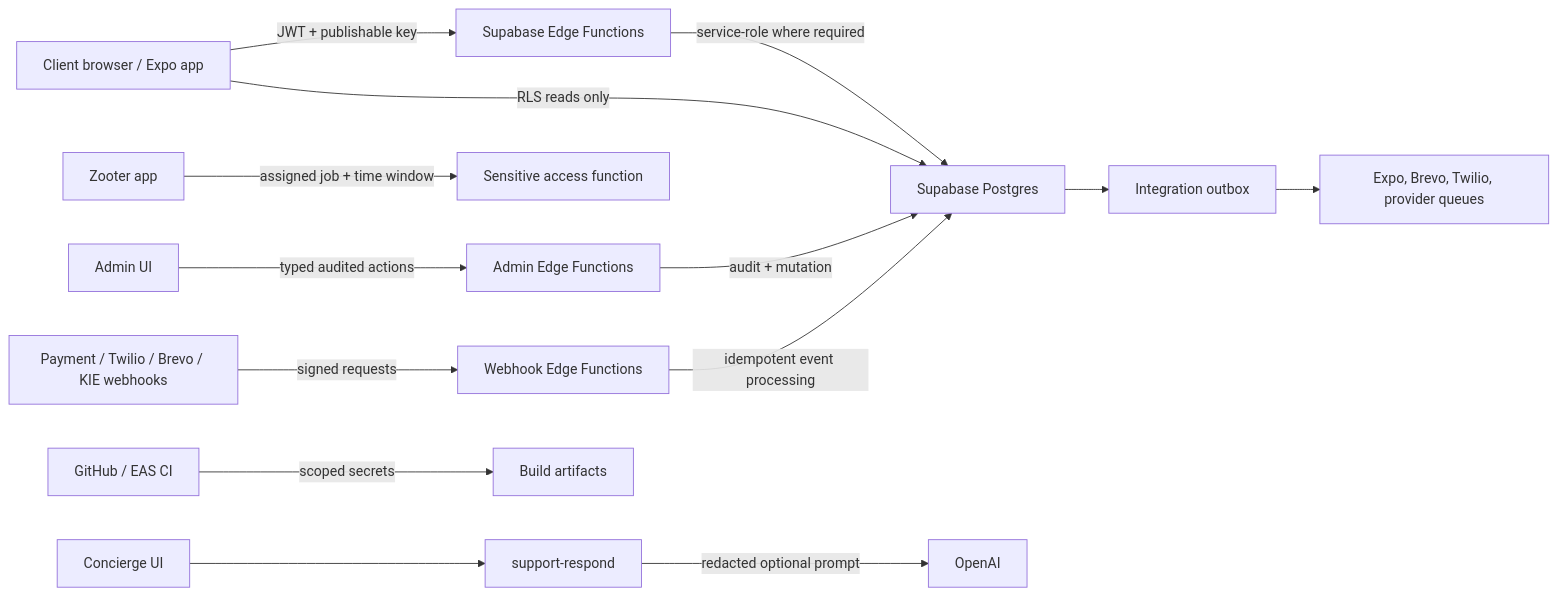
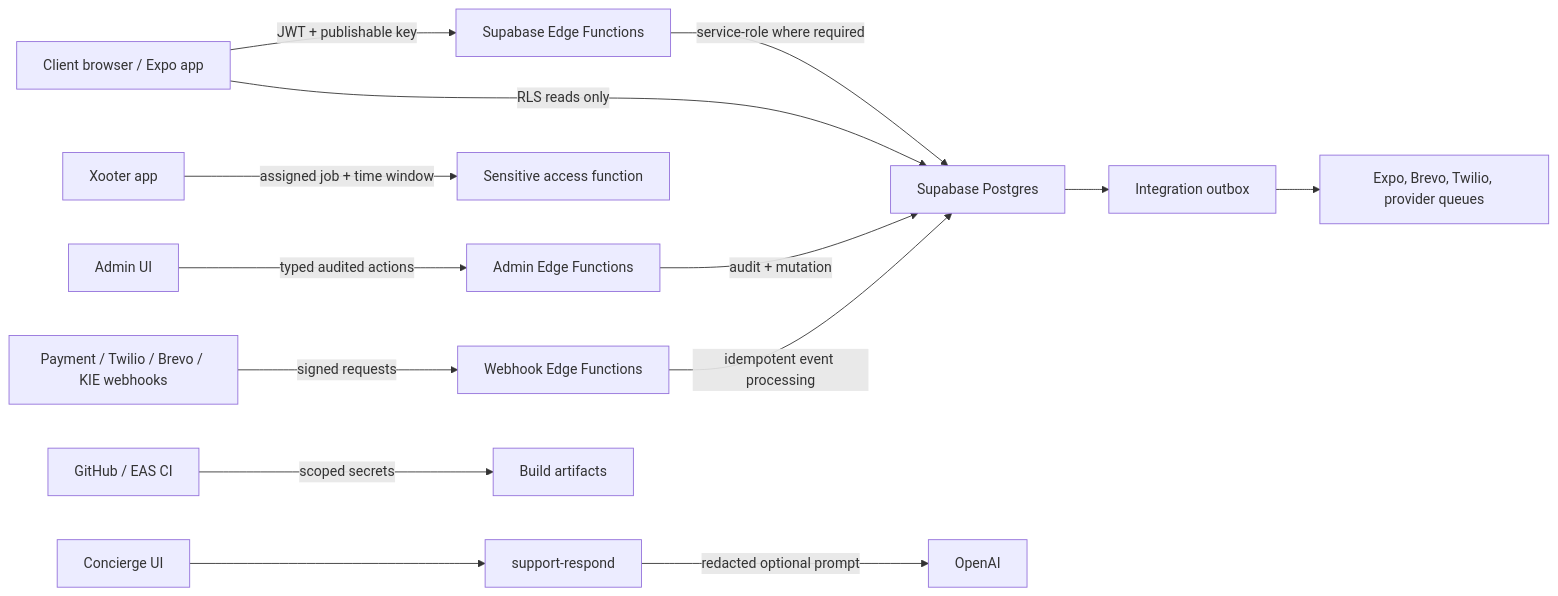
The diagram in docs/security/trust-boundary-map.md (ROYAL777-21/Xoot), drawn with Mermaid before and after one commit. The commit also changed other lines of this file and 291 other files, not shown here.

````diff
--- a/docs/security/trust-boundary-map.md
+++ b/docs/security/trust-boundary-map.md
@@ -5,16 +5,16 @@
 ```mermaid
 flowchart LR
   User["Client browser / Expo app"] -->|"JWT + publishable key"| Edge["Supabase Edge Functions"]
   User -->|"RLS reads only"| DB["Supabase Postgres"]
-  Zooter["Zooter app"] -->|"assigned job + time window"| Sensitive["Sensitive access function"]
+  Xooter["Xooter app"] -->|"assigned job + time window"| Sensitive["Sensitive access function"]
   Admin["Admin UI"] -->|"typed audited actions"| AdminEdge["Admin Edge Functions"]
   Provider["Payment / Twilio / Brevo / KIE webhooks"] -->|"signed requests"| Webhooks["Webhook Edge Functions"]
   Edge -->|"service-role where required"| DB
   AdminEdge -->|"audit + mutation"| DB
   Webhooks -->|"idempotent event processing"| DB
   DB --> Outbox["Integration outbox"]
   Outbox --> Providers["Expo, Brevo, Twilio, provider queues"]
   Concierge["Concierge UI"] --> Support["support-respond"]
   Support -->|"redacted optional prompt"| OpenAI["OpenAI"]
   CI["GitHub / EAS CI"] -->|"scoped secrets"| Build["Build artifacts"]
 ```
````
